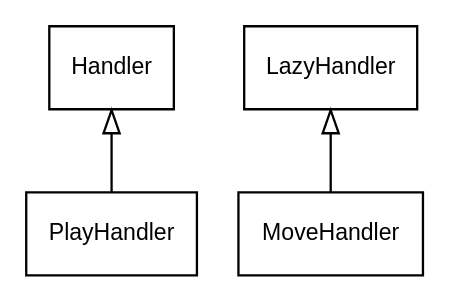
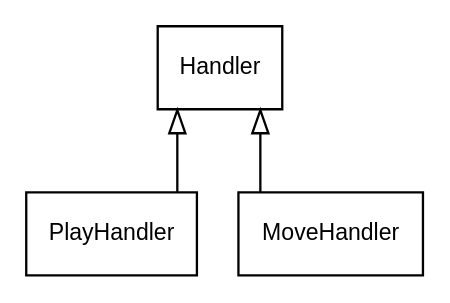
Before and after one commit to lawmurray/Birch: the diagram in docs/figs/Handler.dot, drawn with Graphviz. The commit also changed 32 other files, not shown here.

```diff
--- a/docs/figs/Handler.dot
+++ b/docs/figs/Handler.dot
@@ -1,16 +1,14 @@
 digraph {
   splines=ortho
   concentrate=true
   rankdir=BT
   node [shape=box,fontname=Helvetica,fontsize=10,margin="0.1,0.01"]
   edge [arrowhead=empty]
 
   Handler [href="../classes/Handler/",target="_top"]
   PlayHandler [href="../classes/PlayHandler/",target="_top"]
-
-  LazyHandler [href="../classes/LazyHandler/",target="_top"]
   MoveHandler [href="../classes/MoveHandler/",target="_top"]
 
   PlayHandler -> Handler
-  MoveHandler -> LazyHandler
+  MoveHandler -> Handler
 }
```
